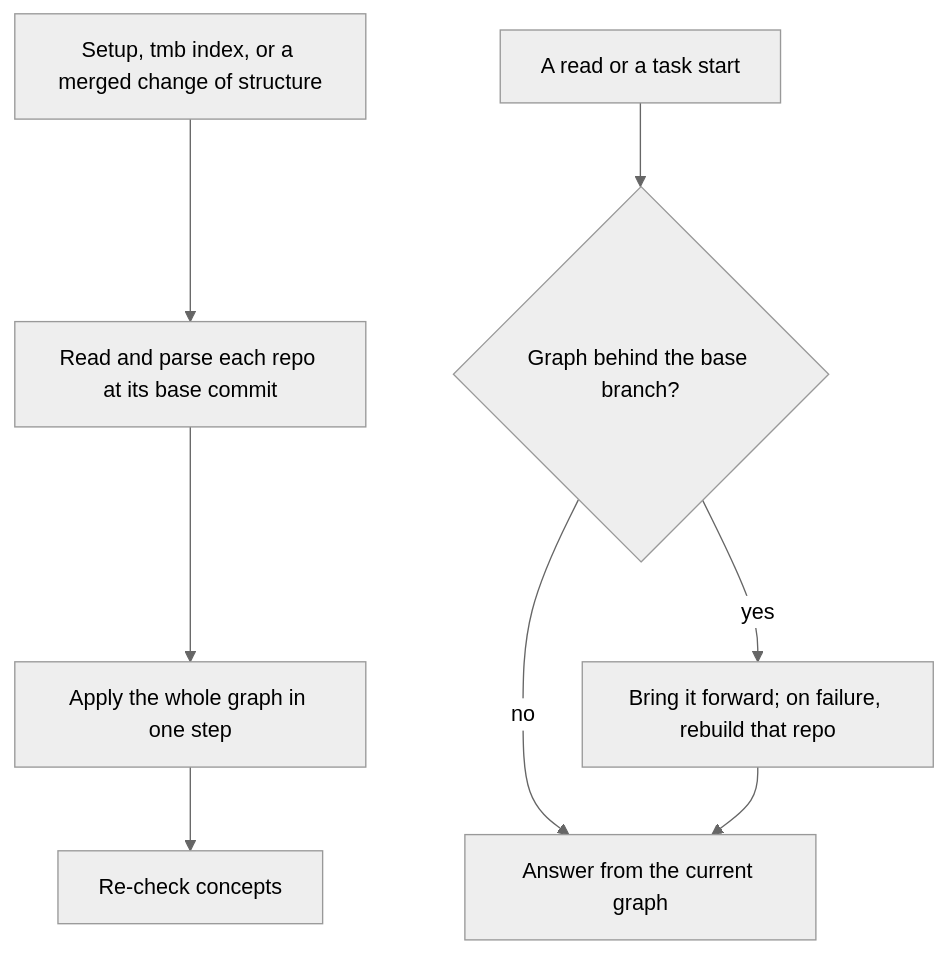
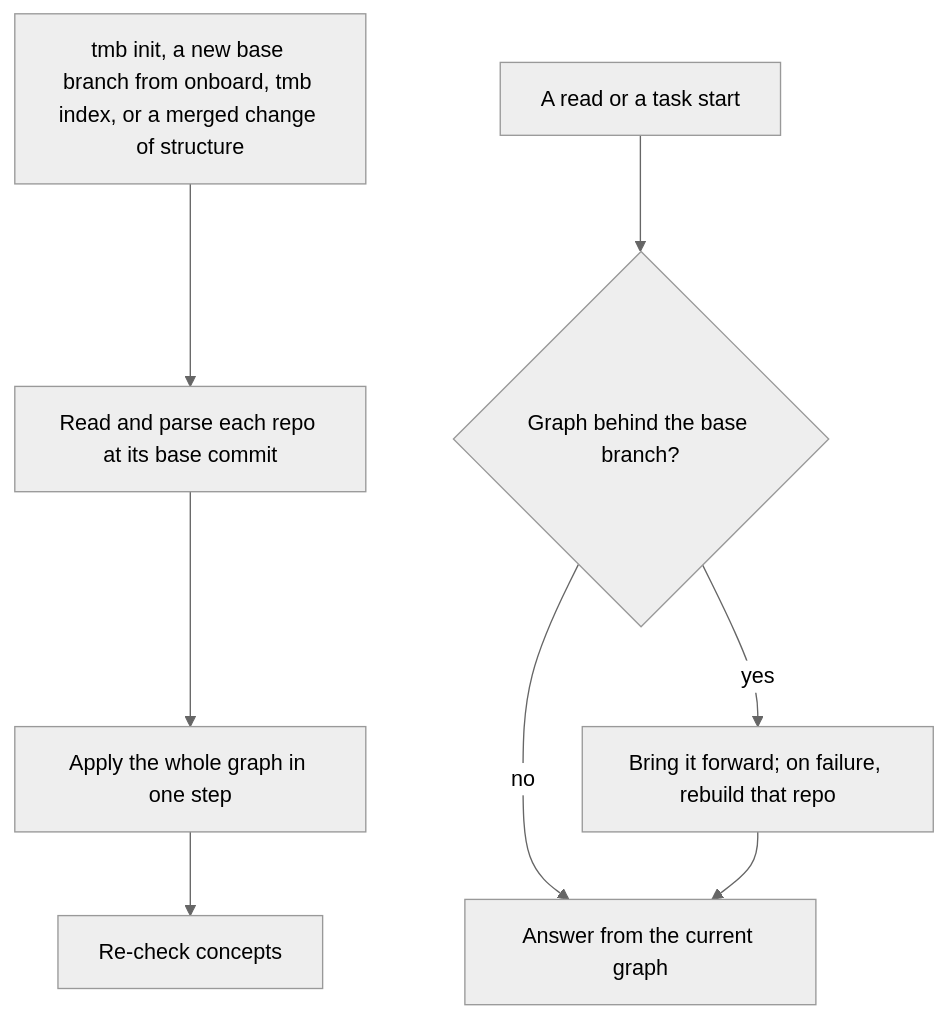
The diagram in docs/architecture/CODE_GRAPH.md (trustmybot/tmb), drawn with Mermaid (neutral theme) before and after one commit. The commit also changed 48 other files, not shown here.

First line of the commit message:
🔧 chore: remove tmb setup; tmb init and tmb onboard replace it

````diff
--- a/docs/architecture/CODE_GRAPH.md
+++ b/docs/architecture/CODE_GRAPH.md
@@ -32,10 +32,10 @@
 ```mermaid
 flowchart TD
-    A[Setup, tmb index, or a merged change of structure] --> B[Read and parse each repo at its base commit]
+    A[tmb init, a new base branch from onboard, tmb index, or a merged change of structure] --> B[Read and parse each repo at its base commit]
     B --> C[Apply the whole graph in one step]
     C --> D[Re-check concepts]
     E[A read or a task start] --> F{Graph behind the base branch?}
     F -- yes --> G[Bring it forward; on failure, rebuild that repo]
     F -- no --> H[Answer from the current graph]
     G --> H
 ```
````
